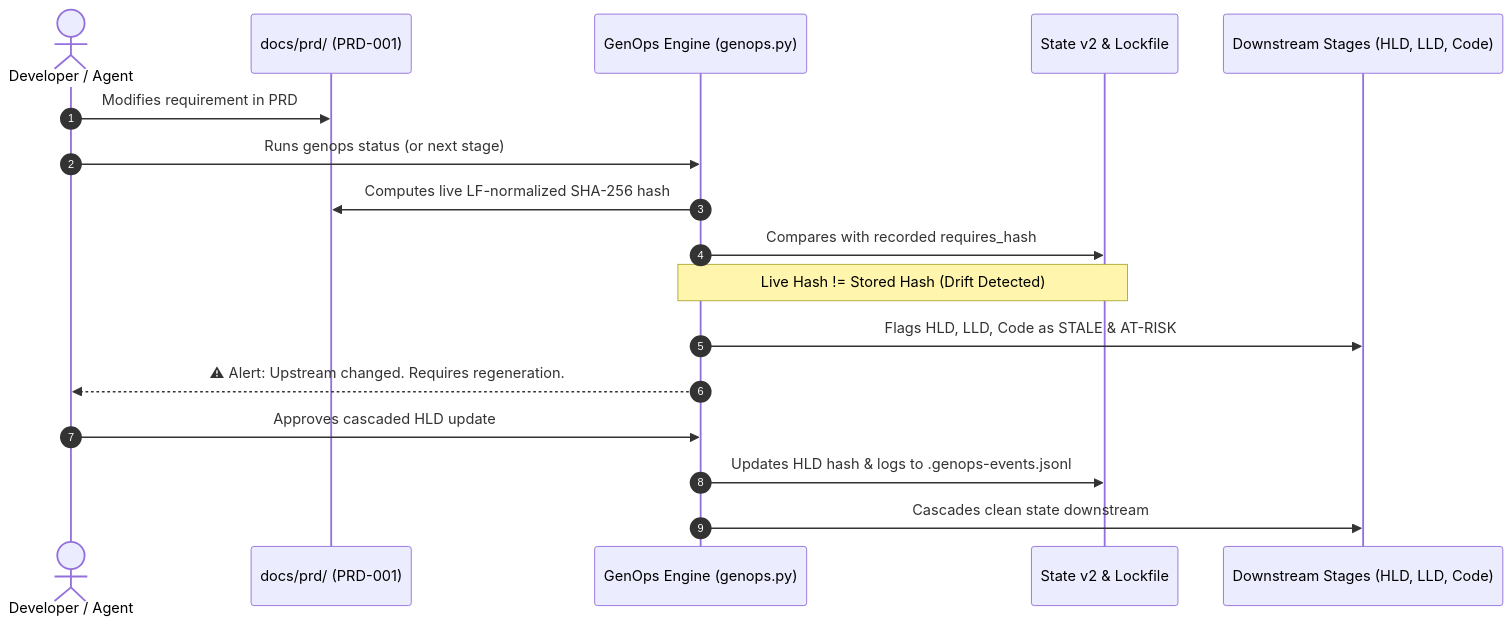
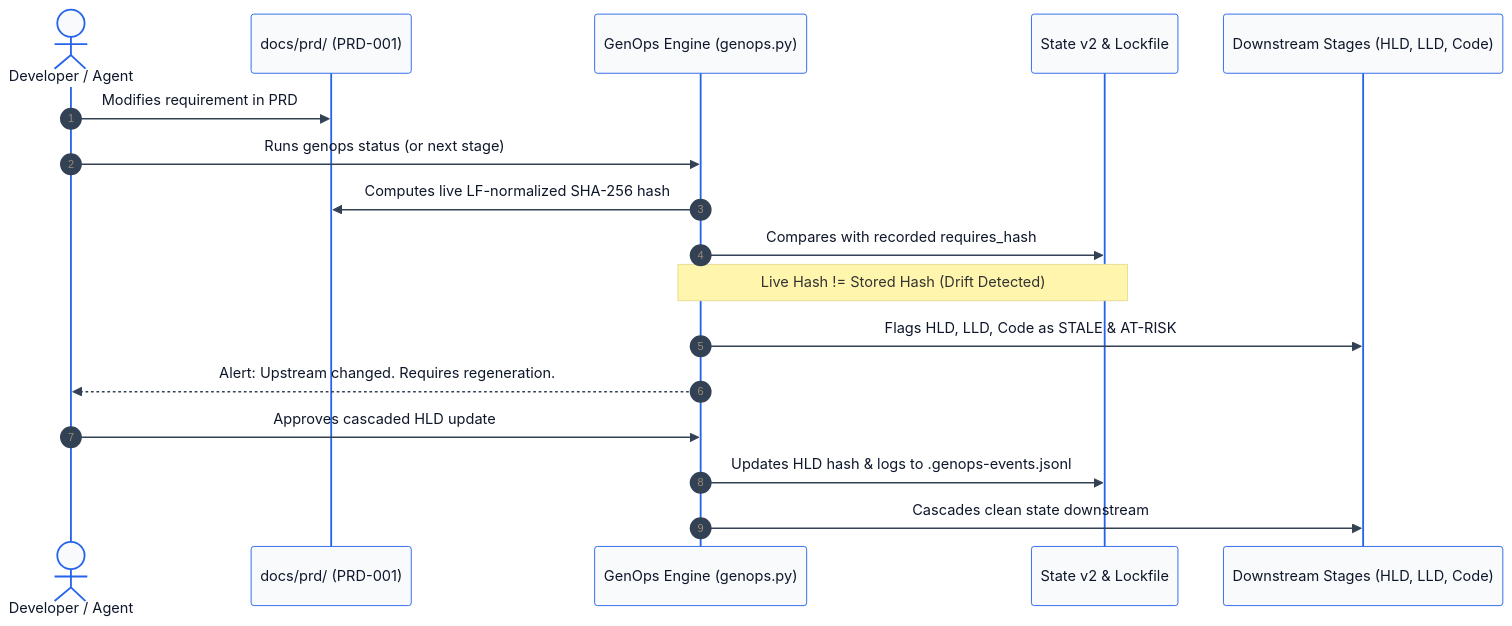
One commit to seismael/GenOps changed the third of 3 diagrams in README.md. Above: the diagram before and after it, drawn with Mermaid. The commit also changed other lines of this file and 2 other files, not shown here.

Commit message:
docs: establish ContextOps architecture with RFC-001 and documentation for usage workflows and project overview.

````diff
--- a/README.md
+++ b/README.md
@@ -144,20 +150,21 @@
 ```mermaid
+%%{init: {'theme': 'base', 'themeVariables': { 'fontFamily': 'Inter, system-ui, sans-serif', 'lineColor': '#64748b', 'primaryTextColor': '#0f172a', 'actorBkg': '#f8fafc', 'actorBorder': '#2563eb', 'signalColor': '#334155' }}}%%
 sequenceDiagram
     autonumber
     actor User as Developer / Agent
     participant PRD as docs/prd/ (PRD-001)
     participant Engine as GenOps Engine (genops.py)
     participant State as State v2 & Lockfile
     participant Downstream as Downstream Stages (HLD, LLD, Code)
 
     User->>PRD: Modifies requirement in PRD
     User->>Engine: Runs genops status (or next stage)
     Engine->>PRD: Computes live LF-normalized SHA-256 hash
     Engine->>State: Compares with recorded requires_hash
     Note over Engine,State: Live Hash != Stored Hash (Drift Detected)
     Engine->>Downstream: Flags HLD, LLD, Code as STALE & AT-RISK
-    Engine-->>User: ⚠ Alert: Upstream changed. Requires regeneration.
+    Engine-->>User: Alert: Upstream changed. Requires regeneration.
     User->>Engine: Approves cascaded HLD update
     Engine->>State: Updates HLD hash & logs to .genops-events.jsonl
     Engine->>Downstream: Cascades clean state downstream
 ```
````
